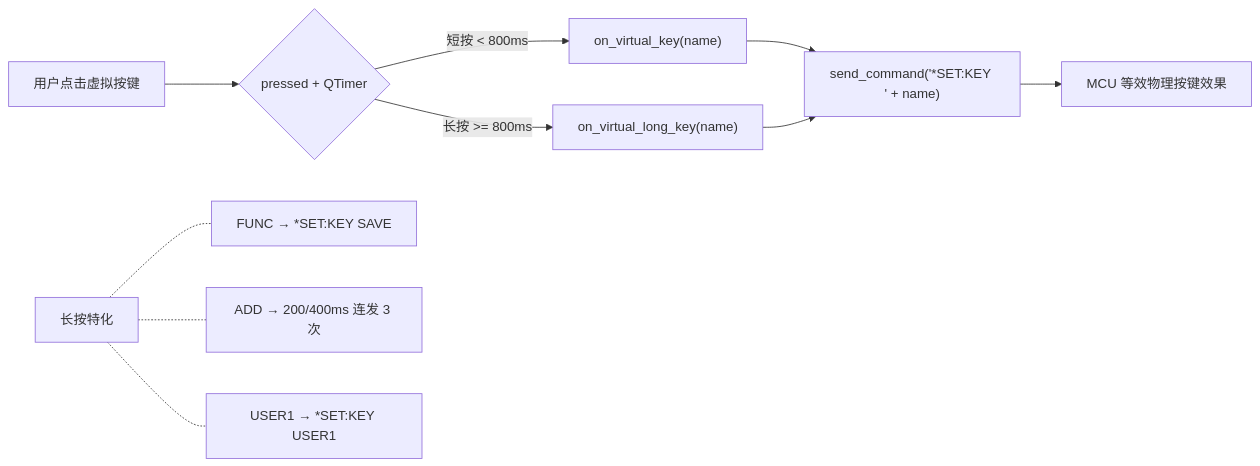
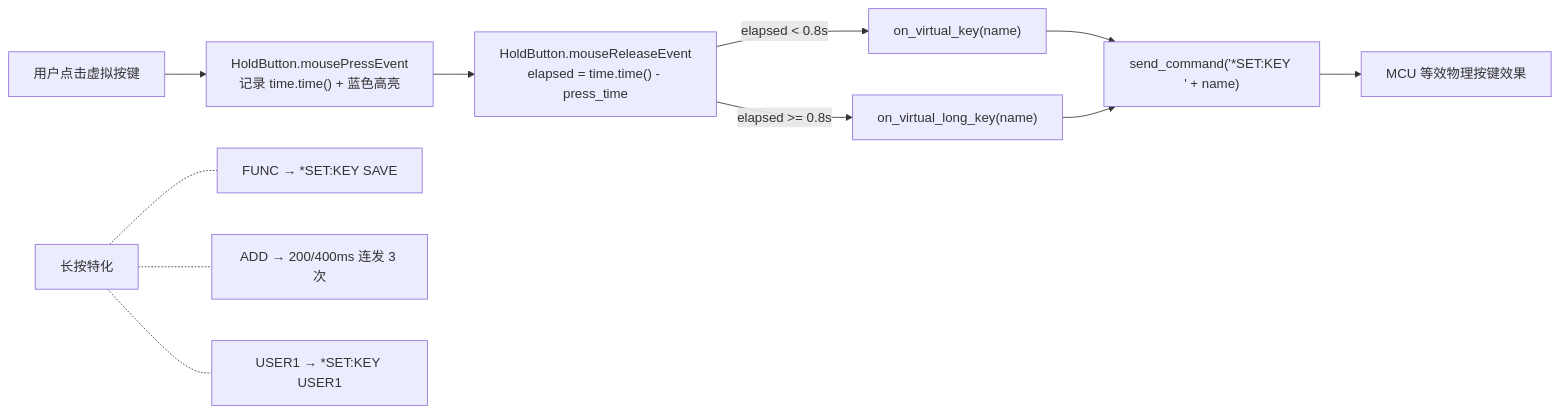
Before and after one commit to Jyzan/EST2506: the fourth of 7 diagrams in pc_host/README.md, drawn with Mermaid. The commit also changed other lines of this file and 14 other files, not shown here.

````diff
--- a/pc_host/README.md
+++ b/pc_host/README.md
@@ -327,13 +327,14 @@
 ```mermaid
 flowchart LR
-    A["用户点击虚拟按键"] --> B{"pressed + QTimer"}
-    B -->|"短按 < 800ms"| C["on_virtual_key(name)"]
-    B -->|"长按 >= 800ms"| D["on_virtual_long_key(name)"]
-    C --> E["send_command('*SET:KEY ' + name)"]
-    D --> E
-    E --> F["MCU 等效物理按键效果"]
+    A["用户点击虚拟按键"] --> B["HoldButton.mousePressEvent<br/>记录 time.time() + 蓝色高亮"]
+    B --> C["HoldButton.mouseReleaseEvent<br/>elapsed = time.time() - press_time"]
+    C -->|"elapsed < 0.8s"| D["on_virtual_key(name)"]
+    C -->|"elapsed >= 0.8s"| E["on_virtual_long_key(name)"]
+    D --> F["send_command('*SET:KEY ' + name)"]
+    E --> F
+    F --> G["MCU 等效物理按键效果"]
 
-    G["长按特化"] -.- H["FUNC → *SET:KEY SAVE"]
-    G -.- I["ADD → 200/400ms 连发 3 次"]
-    G -.- J["USER1 → *SET:KEY USER1"]
+    H["长按特化"] -.- I["FUNC → *SET:KEY SAVE"]
+    H -.- J["ADD → 200/400ms 连发 3 次"]
+    H -.- K["USER1 → *SET:KEY USER1"]
 ```
````
